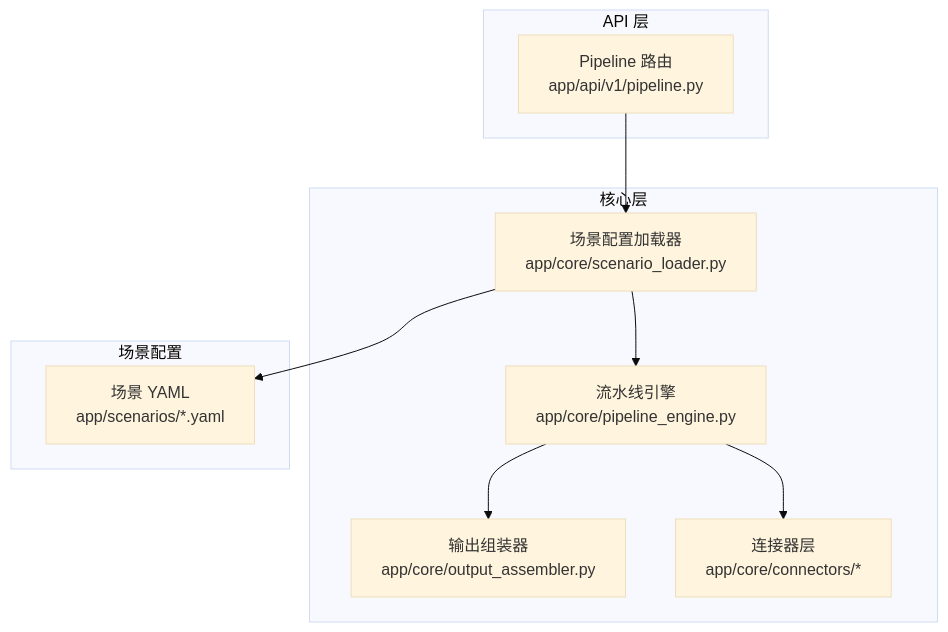
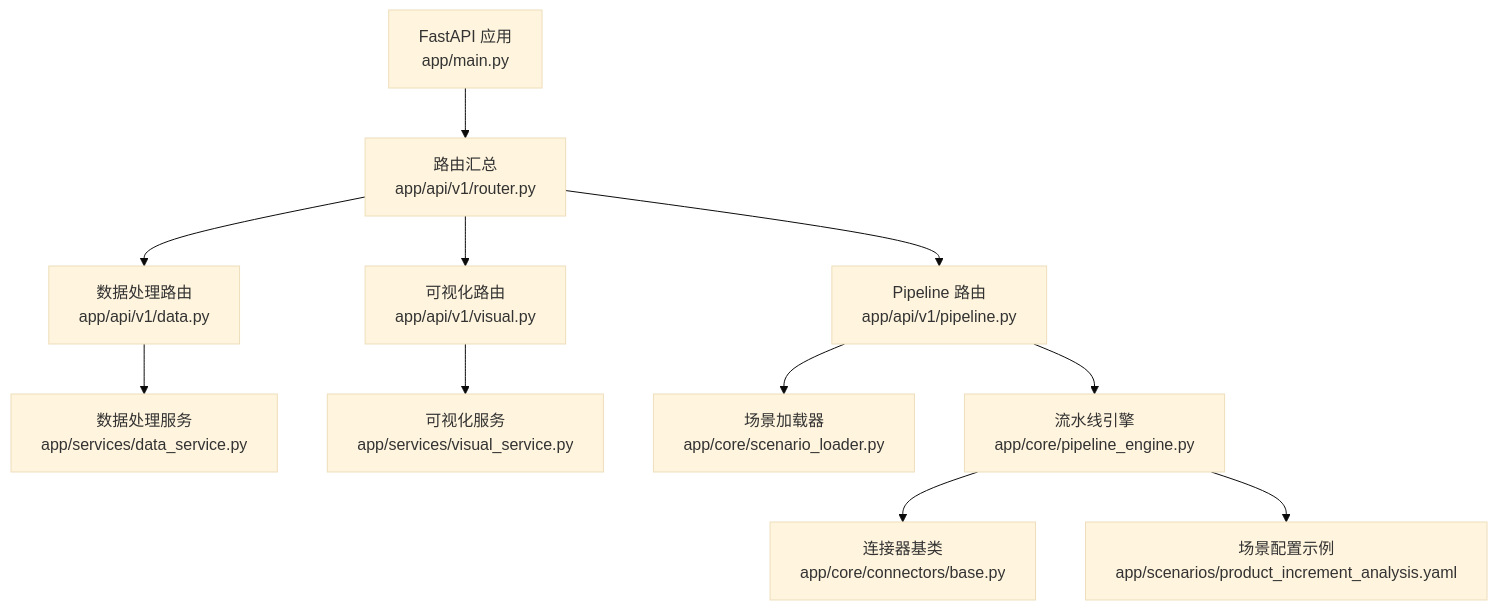
Before and after one commit to liang996plus/qoder_cn: the first of 8 diagrams in .qoder/repowiki/zh/content/项目概述.md, drawn with Mermaid (base theme). The commit also changed other lines of this file and 100 other files, not shown here.

````diff
--- a/.qoder/repowiki/zh/content/项目概述.md
+++ b/.qoder/repowiki/zh/content/项目概述.md
@@ -41,20 +67,13 @@
 ```mermaid
 graph TB
-subgraph "API 层"
-P["Pipeline 路由<br/>app/api/v1/pipeline.py"]
-end
-subgraph "核心层"
-S["场景配置加载器<br/>app/core/scenario_loader.py"]
-E["流水线引擎<br/>app/core/pipeline_engine.py"]
-O["输出组装器<br/>app/core/output_assembler.py"]
-C["连接器层<br/>app/core/connectors/*"]
-end
-subgraph "场景配置"
-Y["场景 YAML<br/>app/scenarios/*.yaml"]
-end
-P --> S
-S --> E
-E --> C
-E --> O
-S --> Y
+A["FastAPI 应用<br/>app/main.py"] --> B["路由汇总<br/>app/api/v1/router.py"]
+B --> C["数据处理路由<br/>app/api/v1/data.py"]
+B --> D["可视化路由<br/>app/api/v1/visual.py"]
+B --> E["Pipeline 路由<br/>app/api/v1/pipeline.py"]
+C --> F["数据处理服务<br/>app/services/data_service.py"]
+D --> G["可视化服务<br/>app/services/visual_service.py"]
+E --> H["场景加载器<br/>app/core/scenario_loader.py"]
+E --> I["流水线引擎<br/>app/core/pipeline_engine.py"]
+I --> J["连接器基类<br/>app/core/connectors/base.py"]
+I --> K["场景配置示例<br/>app/scenarios/product_increment_analysis.yaml"]
 ```
````
